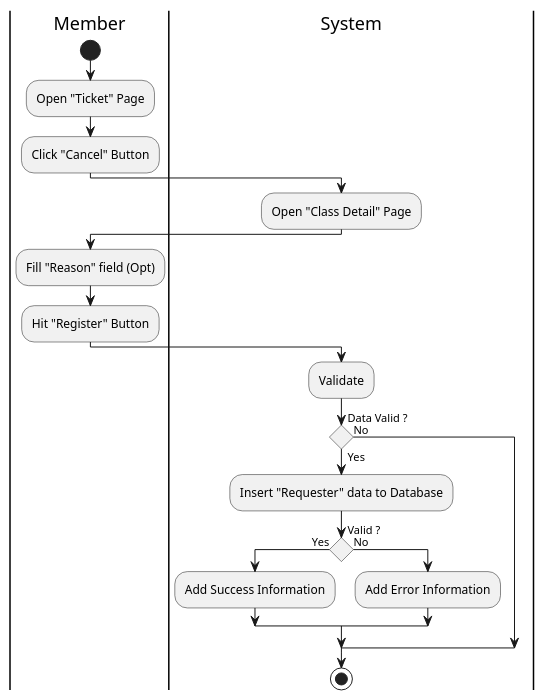
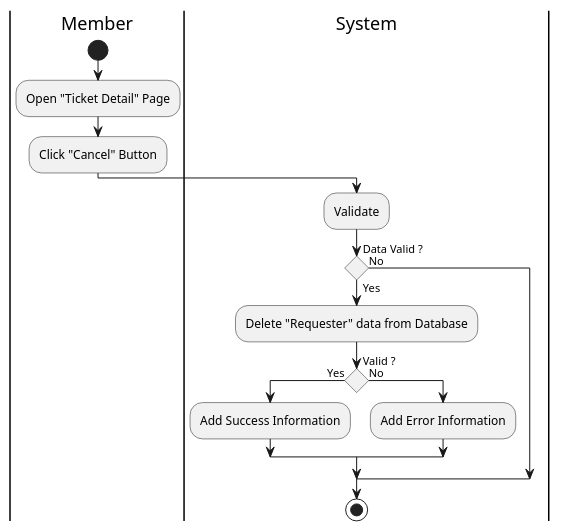
The diagram in Activity/Release03/CancelRequestClass.wsd (fwidjaya20/fazzlearning-uml), drawn with PlantUML before and after one commit. The commit also changed 34 other files, not shown here.

Commit message:
fix(diagram): fix invalid sequence, activity, and usecase

```diff
--- a/Activity/Release03/CancelRequestClass.wsd
+++ b/Activity/Release03/CancelRequestClass.wsd
@@ -1,35 +1,28 @@
 @startuml CancelRequestedClass
 
 skinparam ConditionEndStyle hline
 skinparam conditionStyle diamond
 skinparam Monochrome true
 skinparam Shadowing false
 
 |Member|
 start
-:Open "Ticket" Page;
+:Open "Ticket Detail" Page;
 :Click "Cancel" Button;
-
-|System|
-:Open "Class Detail" Page;
-
-|Member|
-:Fill "Reason" field (Opt);
-:Hit "Register" Button;
 
 |System|
 :Validate;
 
 if (Data Valid ?) then (Yes)
-    :Insert "Requester" data to Database;
+    :Delete "Requester" data from Database;
 
     if (Valid ?) then (Yes)
         :Add Success Information;
     else (No)
         :Add Error Information;
     endif
 else (No)
 endif
 stop
 
 @enduml
```
